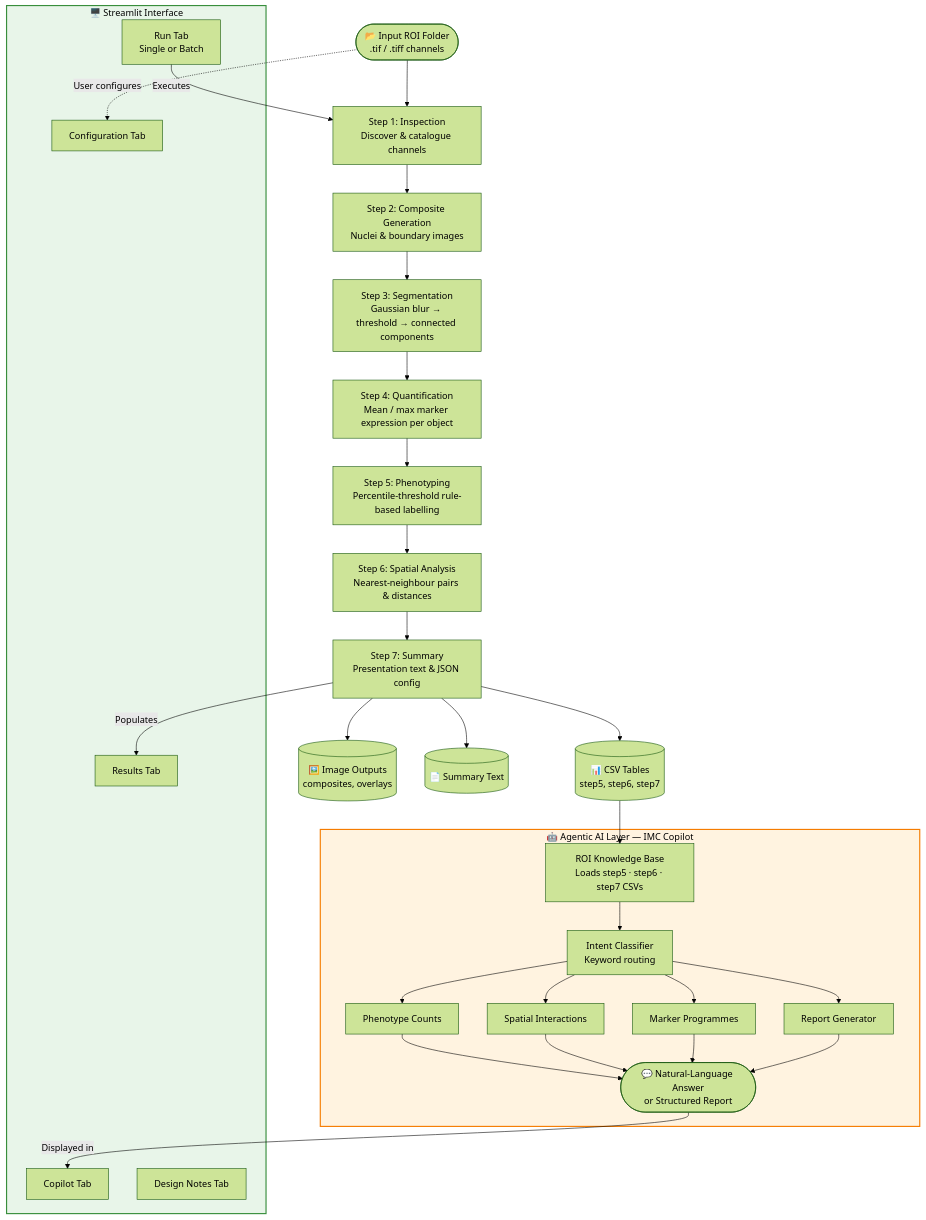
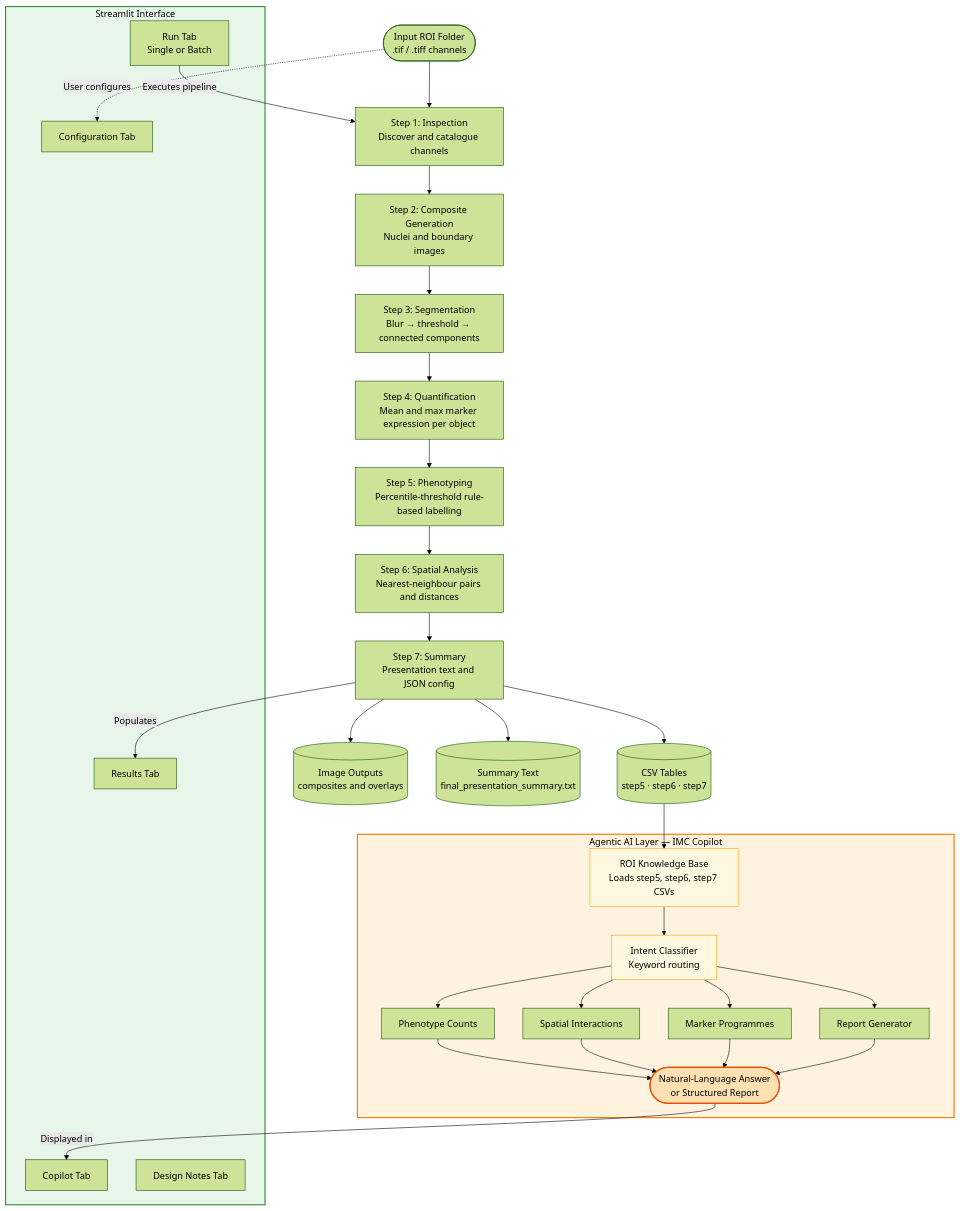
One commit to ComputationalPathologyLab/agentimc changed the diagram in README.md. Above: the diagram before and after it, drawn with Mermaid (forest theme).

Commit message:
fix: correct Mermaid flowchart node labels using br tags instead of backslash-n

````diff
--- a/README.md
+++ b/README.md
@@ -106,42 +106,47 @@
 ```mermaid
 flowchart TD
-    A([📂 Input ROI Folder\n.tif / .tiff channels]) --> B[Step 1: Inspection\nDiscover & catalogue channels]
-    B --> C[Step 2: Composite Generation\nNuclei & boundary images]
-    C --> D[Step 3: Segmentation\nGaussian blur → threshold → connected components]
-    D --> E[Step 4: Quantification\nMean / max marker expression per object]
-    E --> F[Step 5: Phenotyping\nPercentile-threshold rule-based labelling]
-    F --> G[Step 6: Spatial Analysis\nNearest-neighbour pairs & distances]
-    G --> H[Step 7: Summary\nPresentation text & JSON config]
+    A([Input ROI Folder<br/>.tif / .tiff channels]) --> B
 
-    H --> OUT1[(📊 CSV Tables\nstep5, step6, step7)]
-    H --> OUT2[(🖼️ Image Outputs\ncomposites, overlays)]
-    H --> OUT3[(📄 Summary Text)]
+    B["Step 1: Inspection<br/>Discover and catalogue channels"]
+    B --> C["Step 2: Composite Generation<br/>Nuclei and boundary images"]
+    C --> D["Step 3: Segmentation<br/>Blur → threshold → connected components"]
+    D --> E["Step 4: Quantification<br/>Mean and max marker expression per object"]
+    E --> F["Step 5: Phenotyping<br/>Percentile-threshold rule-based labelling"]
+    F --> G["Step 6: Spatial Analysis<br/>Nearest-neighbour pairs and distances"]
+    G --> H["Step 7: Summary<br/>Presentation text and JSON config"]
+
+    H --> OUT1[("CSV Tables<br/>step5 · step6 · step7")]
+    H --> OUT2[("Image Outputs<br/>composites and overlays")]
+    H --> OUT3[("Summary Text<br/>final_presentation_summary.txt")]
 
     OUT1 --> KB
 
-    subgraph AGENT ["🤖 Agentic AI Layer — IMC Copilot"]
-        KB[ROI Knowledge Base\nLoads step5 · step6 · step7 CSVs]
-        KB --> IC[Intent Classifier\nKeyword routing]
-        IC --> R1[Phenotype Counts]
-        IC --> R2[Spatial Interactions]
-        IC --> R3[Marker Programmes]
-        IC --> R4[Report Generator]
-        R1 & R2 & R3 & R4 --> ANS([💬 Natural-Language Answer\nor Structured Report])
+    subgraph AGENT ["Agentic AI Layer — IMC Copilot"]
+        KB["ROI Knowledge Base<br/>Loads step5, step6, step7 CSVs"]
+        KB --> IC["Intent Classifier<br/>Keyword routing"]
+        IC --> R1["Phenotype Counts"]
+        IC --> R2["Spatial Interactions"]
+        IC --> R3["Marker Programmes"]
+        IC --> R4["Report Generator"]
+        R1 & R2 & R3 & R4 --> ANS(["Natural-Language Answer<br/>or Structured Report"])
     end
 
-    subgraph UI ["🖥️ Streamlit Interface"]
-        TAB1[Configuration Tab]
-        TAB2[Run Tab\nSingle or Batch]
-        TAB3[Results Tab]
-        TAB4[Copilot Tab]
-        TAB5[Design Notes Tab]
+    subgraph UI ["Streamlit Interface"]
+        TAB1["Configuration Tab"]
+        TAB2["Run Tab<br/>Single or Batch"]
+        TAB3["Results Tab"]
+        TAB4["Copilot Tab"]
+        TAB5["Design Notes Tab"]
     end
 
-    A -.->|User configures| TAB1
-    TAB2 -->|Executes| B
-    H -->|Populates| TAB3
-    ANS -->|Displayed in| TAB4
+    A -.->|"User configures"| TAB1
+    TAB2 -->|"Executes pipeline"| B
+    H -->|"Populates"| TAB3
+    ANS -->|"Displayed in"| TAB4
 
     style AGENT fill:#fff3e0,stroke:#f57c00,stroke-width:2px,color:#000
     style UI fill:#e8f5e9,stroke:#388e3c,stroke-width:2px,color:#000
+    style ANS fill:#ffe0b2,stroke:#e65100,stroke-width:2px
+    style KB fill:#fff8e1,stroke:#ffa000,stroke-width:1px
+    style IC fill:#fff8e1,stroke:#ffa000,stroke-width:1px
 ```
````
